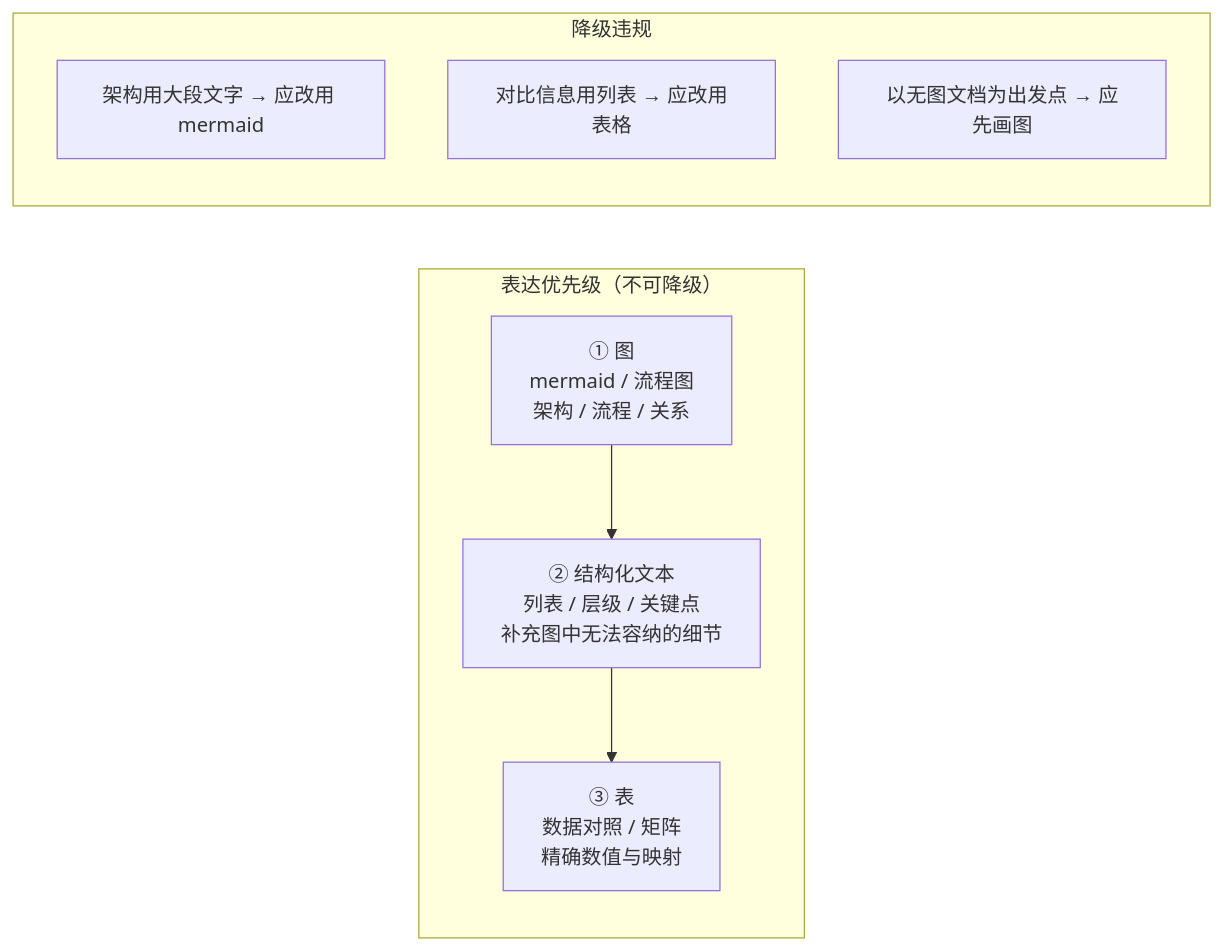
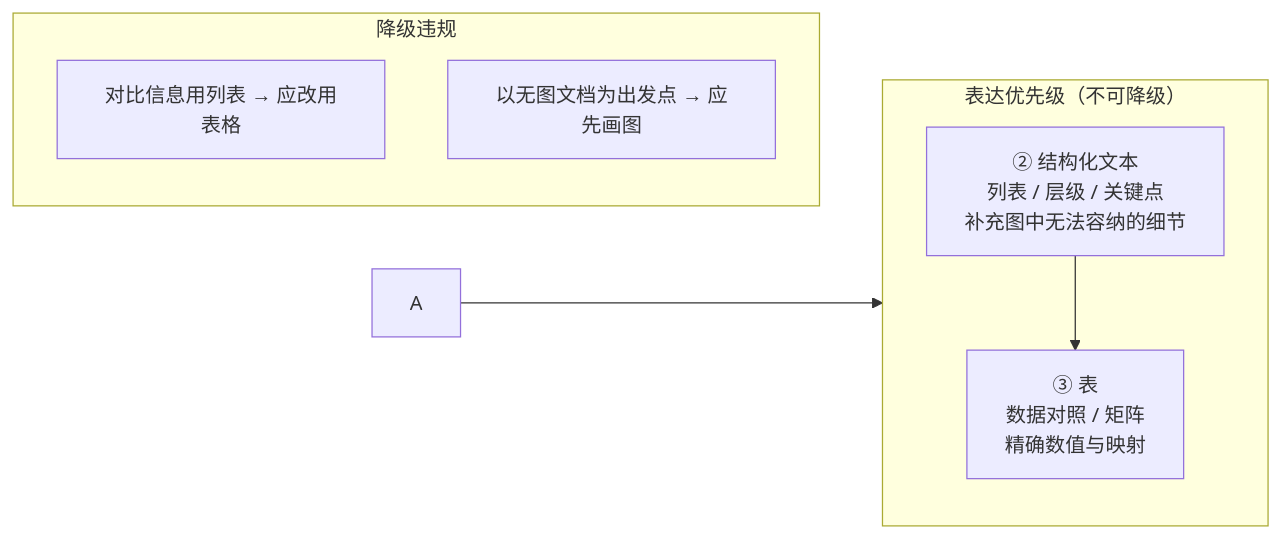
Before and after one commit to effiy/YrY: the third of 11 diagrams in rules/doc-generation.md, drawn with Mermaid. The commit also changed other lines of this file and 1 other file, not shown here.

First line of the commit message:
fix: quote --no-send? label in rui-bot mermaid diagram + add M3a rule

````diff
--- a/rules/doc-generation.md
+++ b/rules/doc-generation.md
@@ -190,16 +200,17 @@
 ```mermaid
 flowchart LR
     subgraph 优先级["表达优先级（不可降级）"]
-        A["① 图<br/>mermaid / 流程图<br/>架构 / 流程 / 关系"]:::first
+        direction TB
         B["② 结构化文本<br/>列表 / 层级 / 关键点<br/>补充图中无法容纳的细节"]:::second
         C["③ 表<br/>数据对照 / 矩阵<br/>精确数值与映射"]:::third
     end
     A --> B --> C
 
     subgraph 反例["降级违规"]
-        X1["架构用大段文字 → 应改用 mermaid"]:::bad
+        direction TB
         X2["对比信息用列表 → 应改用表格"]:::bad
         X3["以无图文档为出发点 → 应先画图"]:::bad
     end
 
+
 ```
````
